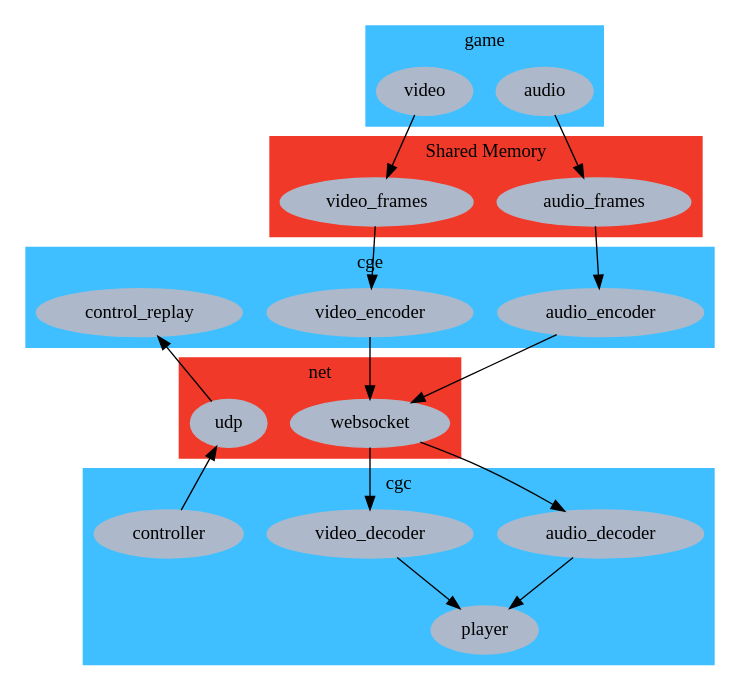
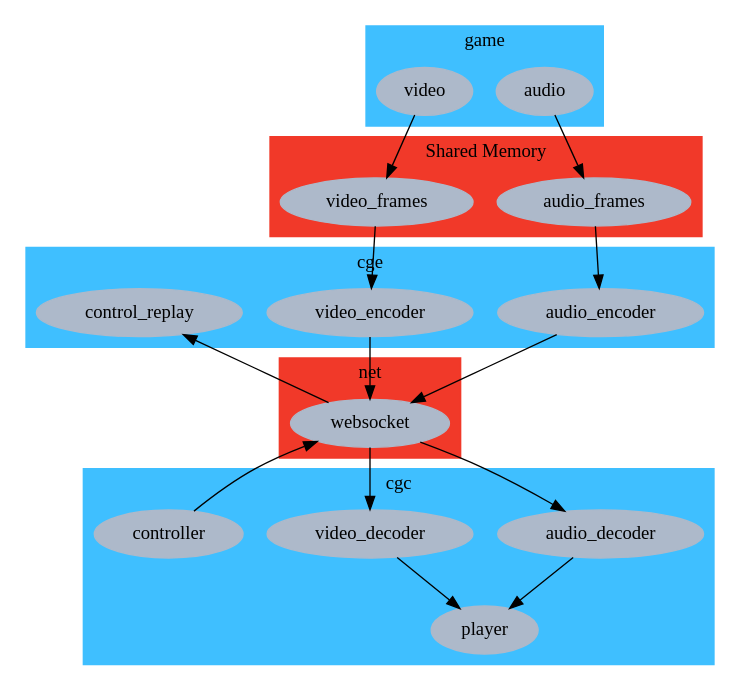
The diagram in doc/cg.gv (ksyun-kenc/liuguang), drawn with Graphviz before and after one commit. The commit also changed 54 other files, not shown here.

```diff
--- a/doc/cg.gv
+++ b/doc/cg.gv
@@ -1,46 +1,45 @@
 digraph G {
-
 	subgraph cluster_0 {
 		style=filled;
 		color="#3FBFFF";
 		node [style=filled,color="#ADB9CA"];
 		audio video;
 		label = "game";
 	}
 
 	subgraph cluster_1 {
 		style=filled;
 		color="#F13929";
 		node [style=filled,color="#ADB9CA"];
 		audio_frames video_frames;
 		label = "Shared Memory";
 	}
 
 	subgraph cluster_2 {
 		style=filled;
 		node [style=filled,color="#ADB9CA"];
 		audio_encoder video_encoder control_replay;
 		label = "cge";
 		color="#3FBFFF"
 	}
 
 	subgraph cluster_3 {
 		style=filled;
 		color="#F13929";
 		node [style=filled,color="#ADB9CA"];
 		label = "net";
-		websocket udp;
+		websocket;
 	}
 
 	subgraph cluster_4 {
 		style=filled;
 		node [style=filled,color="#ADB9CA"];
 		audio_decoder video_decoder player controller;
 		label = "cgc";
 		color="#3FBFFF";
 	}
 
 	audio -> audio_frames -> audio_encoder -> websocket -> audio_decoder -> player;
 	video -> video_frames -> video_encoder -> websocket -> video_decoder -> player;
-	controller -> udp -> control_replay;
+	controller -> websocket -> control_replay;
 }
```
